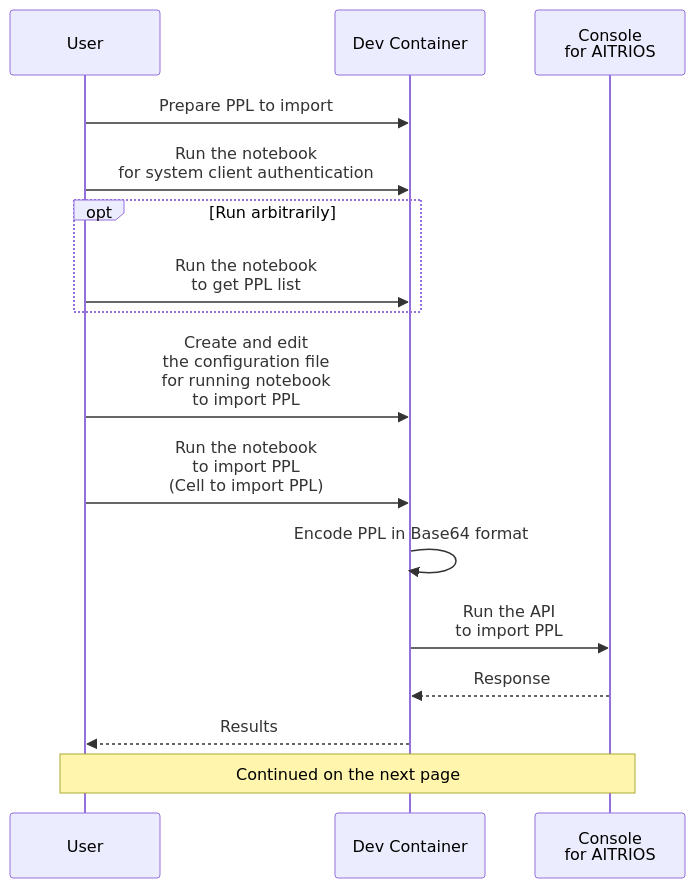
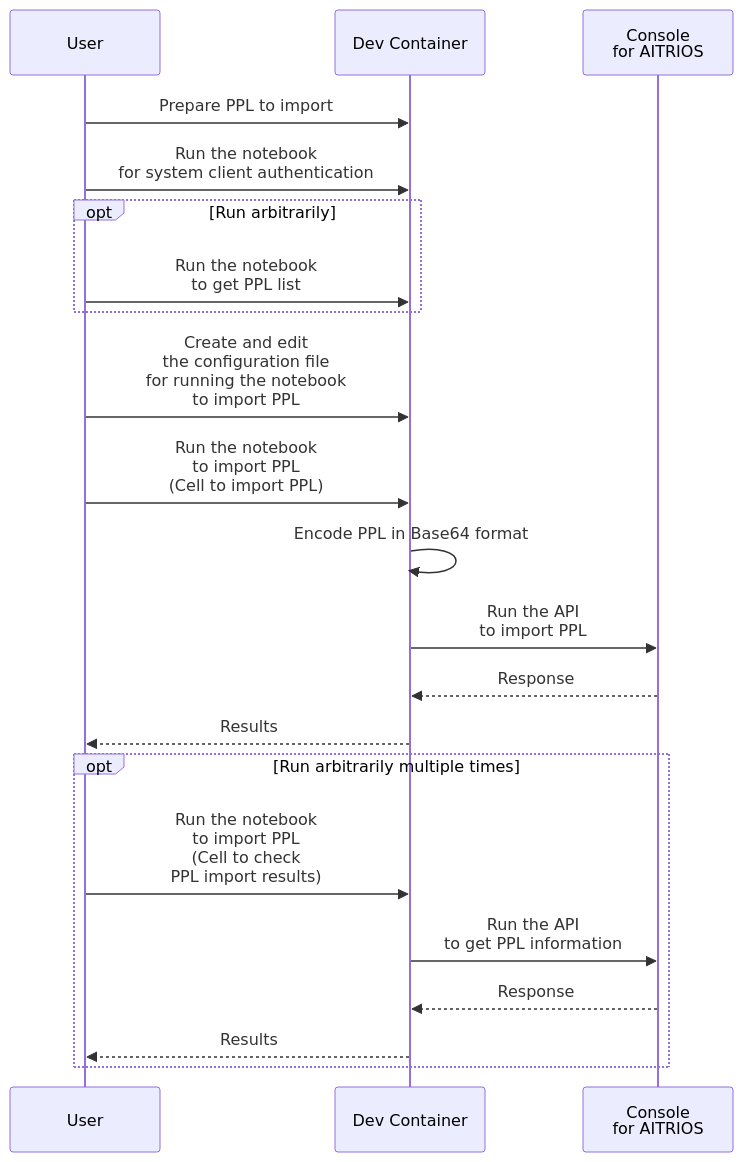
One commit to ZucchiniTang/aitrios-sdk-vision-sensing-app changed the eighth of 9 diagrams in docs/development-docs/AsciiDoc/VisionandSensingApplicationSDK_FuncSpec_ModelAndPPLImport.adoc. Above: the diagram before and after it, drawn with Mermaid. The commit also changed other lines of this file and 255 other files, not shown here.

```diff
--- a/docs/development-docs/AsciiDoc/VisionandSensingApplicationSDK_FuncSpec_ModelAndPPLImport.adoc
+++ b/docs/development-docs/AsciiDoc/VisionandSensingApplicationSDK_FuncSpec_ModelAndPPLImport.adoc
@@ -393,22 +370,28 @@
-[mermaid]
+[mermaid, target="Sequence to import PPL"]
 ----
 %%{init:{'themeCSS':'text.actor {font-size:18px !important;} .messageText {font-size:18px !important;} .loopText {font-size:18px !important;} .noteText {font-size:18px !important;}'}}%%
 sequenceDiagram
   participant user as User
   participant container as Dev Container
   participant console as Console<br>for AITRIOS
 
   user->>container: Prepare PPL to import
-  user->>container: Run the notebook<br>for system client authentication
+  user->>container: Run the notebook <br> for system client authentication
   
   opt Run arbitrarily
-    user->>container: Run the notebook<br>to get PPL list
-  end  user->>container: Create and edit<br>the configuration file<br>for running notebook<br>to import PPL
-  user->>container: Run the notebook<br>to import PPL<br>(Cell to import PPL)
+    user->>container: Run the notebook <br> to get PPL list
+  end  user->>container: Create and edit <br> the configuration file <br> for running the notebook <br> to import PPL
+  user->>container: Run the notebook <br> to import PPL <br> (Cell to import PPL)
   
   container->>container: Encode PPL in Base64 format
-  container->>console: Run the API<br>to import PPL
+  container->>console: Run the API <br> to import PPL
   console-->>container: Response
   container-->>user: Results
-  Note over user, console: Continued on the next page
+
+  opt Run arbitrarily multiple times
+    user->>container: Run the notebook <br> to import PPL <br> (Cell to check <br> PPL import results)
+    container->>console: Run the API <br> to get PPL information
+    console-->>container: Response
+    container-->>user: Results
+  end
 ----
```
